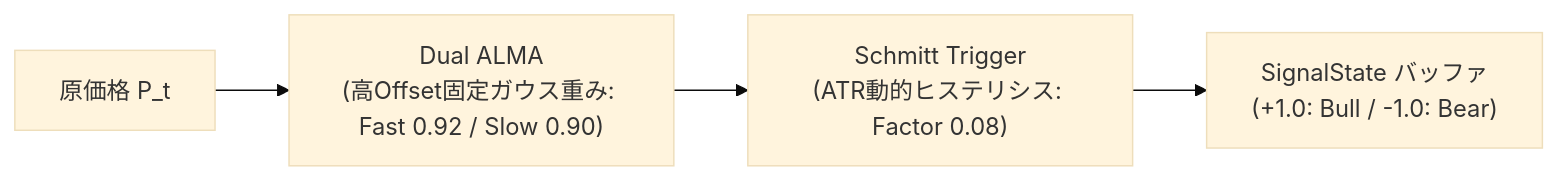
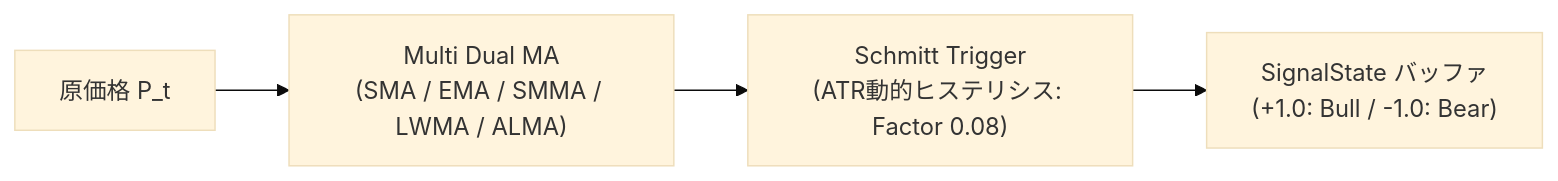
Before and after one commit to tomosawa0527-collab/Hybrid_DFA_SmoothedRSI_ALMA: the second of 2 diagrams in README.md, drawn with Mermaid (base theme). The commit also changed other lines of this file and 3 other files, not shown here.

Commit message:
refactor: DualALMA を MultiDualMA に刷新 (インジケータ改名、EA参照更新、ドキュメント同期)

````diff
--- a/README.md
+++ b/README.md
@@ -100,6 +100,6 @@
 ```mermaid
 flowchart LR
-    A["原価格 P_t"] --> B["Dual ALMA<br/>(高Offset固定ガウス重み: Fast 0.92 / Slow 0.90)"]
+    A["原価格 P_t"] --> B["Multi Dual MA<br/>(SMA / EMA / SMMA / LWMA / ALMA)"]
     B --> C["Schmitt Trigger<br/>(ATR動的ヒステリシス: Factor 0.08)"]
     C --> D["SignalState バッファ<br/>(+1.0: Bull / -1.0: Bear)"]
 ```
````
